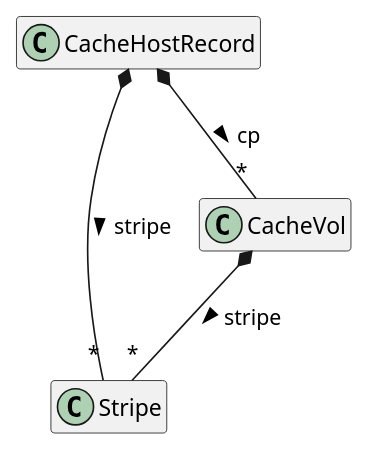
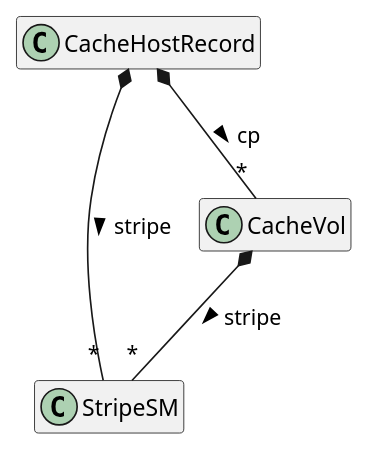
One commit to apache/trafficserver changed the diagram in doc/developer-guide/cache-architecture/data-structures.en.rst. Above: the diagram before and after it, drawn with PlantUML. The commit also changed other lines of this file and 2 other files, not shown here.

```diff
--- a/doc/developer-guide/cache-architecture/data-structures.en.rst
+++ b/doc/developer-guide/cache-architecture/data-structures.en.rst
@@ -25,8 +25,8 @@
 .. uml::
    :align: center
 
    hide empty members
 
-   CacheHostRecord *-- "*" Stripe : stripe >
+   CacheHostRecord *-- "*" StripeSM : stripe >
    CacheHostRecord *-- "*" CacheVol : cp >
-   CacheVol *-- "*" Stripe : stripe >
+   CacheVol *-- "*" StripeSM : stripe >
```
